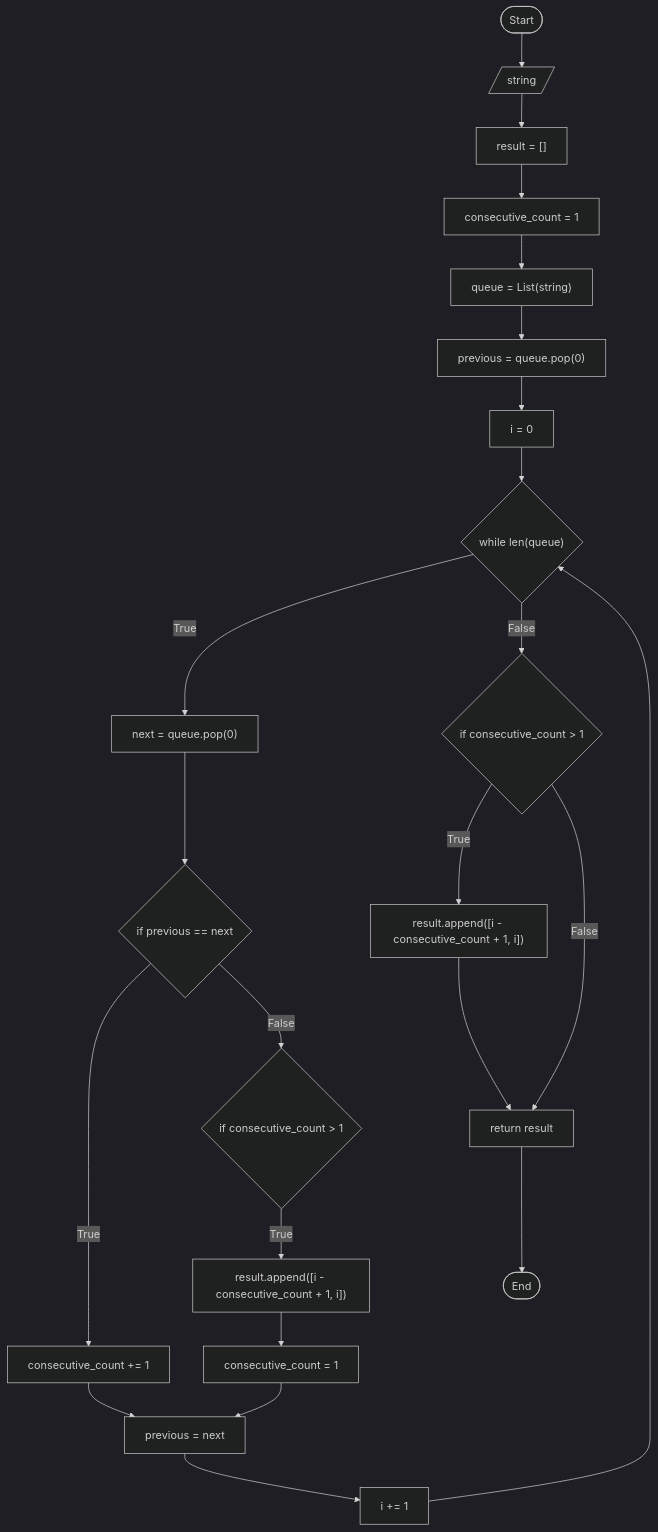
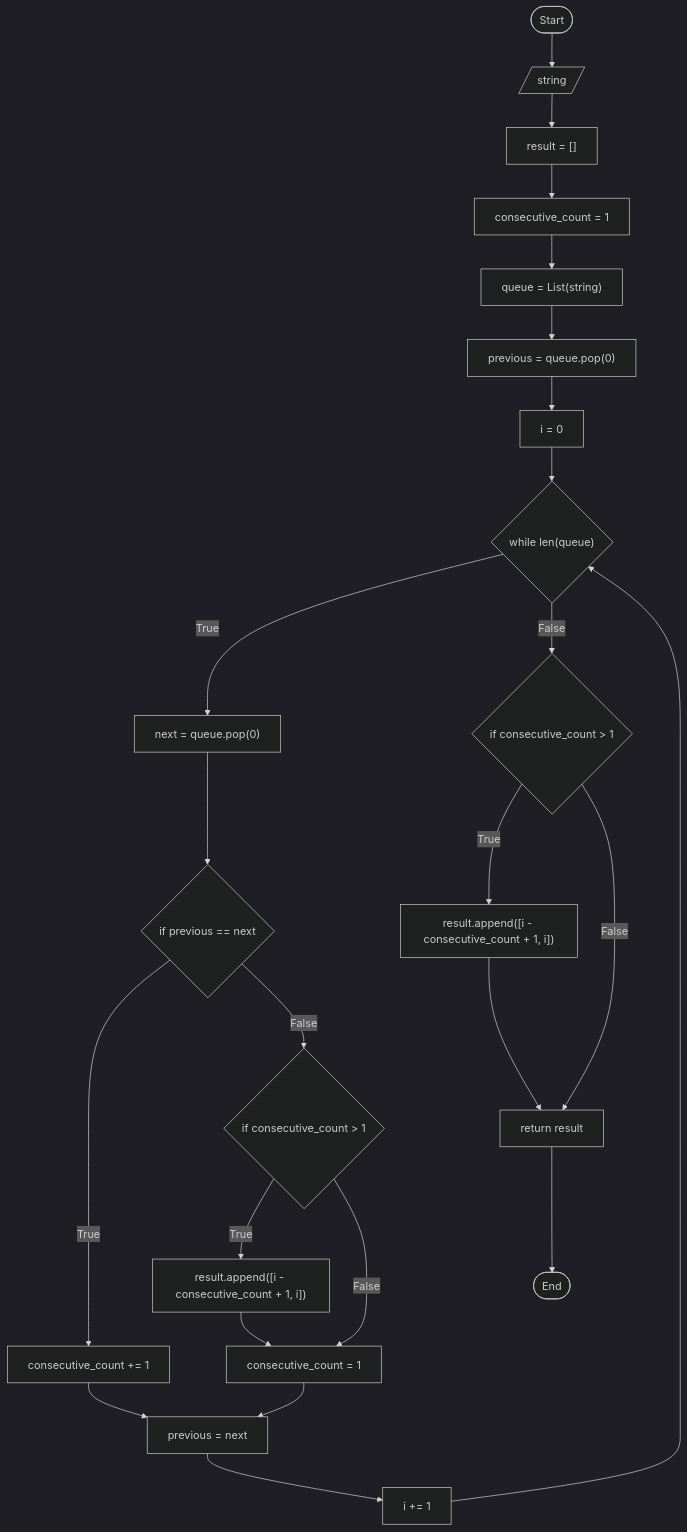
Before and after one commit to mikerusensei/flowcharts: the diagram in functions/function_101/README.md, drawn with Mermaid (dark theme).

````diff
--- a/functions/function_101/README.md
+++ b/functions/function_101/README.md
@@ -13,47 +13,48 @@
 ```mermaid
     flowchart TD
-        start([Start])
-        string[/string/]
-        result["result = []"]
-        con_count["consecutive_count = 1"]
-        list_str["queue = List(string)"]
-        previous["previous = queue.pop(0)"]
-        iterator["i = 0"]
-        loop{"while len(queue)"}
-        next["next = queue.pop(0)"]
-        is_equal{"if previous == next"}
-        add_con_count["consecutive_count += 1"]
-        re_assign["previous = next"]
-        add_i["i += 1"]
-        check_inside{"if consecutive_count > 1"}
-        append_inside["result.append([i - consecutive_count + 1, i])"]
-        reset_con_count["consecutive_count = 1"]
-        check_outside{"if consecutive_count > 1"}
-        append_outside["result.append([i - consecutive_count + 1, i])"]
-        return_result["return result"]
-        terminate([End])
-
-
-        start --> string
-        string --> result
-        result --> con_count
-        con_count --> list_str
-        list_str --> previous
-        previous --> iterator
-        iterator --> loop
-        loop -- True --> next
-        next --> is_equal
-        is_equal -- True --> add_con_count
-        add_con_count --> re_assign
-        is_equal -- False --> check_inside
-        check_inside -- True --> append_inside
-        append_inside --> reset_con_count
-        reset_con_count --> re_assign
-        re_assign --> add_i
-        add_i --> loop
-        loop -- False --> check_outside
-        check_outside -- True --> append_outside
-        check_outside -- False --> return_result
-        append_outside --> return_result
-        return_result --> terminate
+       start([Start])
+       string[/string/]
+       result["result = []"]
+       con_count["consecutive_count = 1"]
+       list_str["queue = List(string)"]
+       previous["previous = queue.pop(0)"]
+       iterator["i = 0"]
+       loop{"while len(queue)"}
+       next["next = queue.pop(0)"]
+       is_equal{"if previous == next"}
+       add_con_count["consecutive_count += 1"]
+       re_assign["previous = next"]
+       add_i["i += 1"]
+       check_inside{"if consecutive_count > 1"}
+       append_inside["result.append([i - consecutive_count + 1, i])"]
+       reset_con_count["consecutive_count = 1"]
+       check_outside{"if consecutive_count > 1"}
+       append_outside["result.append([i - consecutive_count + 1, i])"]
+       return_result["return result"]
+       terminate([End])
+   
+   
+       start --> string
+       string --> result
+       result --> con_count
+       con_count --> list_str
+       list_str --> previous
+       previous --> iterator
+       iterator --> loop
+       loop -- True --> next
+       next --> is_equal
+       is_equal -- True --> add_con_count
+       add_con_count --> re_assign
+       is_equal -- False --> check_inside
+       check_inside -- True --> append_inside
+       check_inside -- False --> reset_con_count
+       append_inside --> reset_con_count
+       reset_con_count --> re_assign
+       re_assign --> add_i
+       add_i --> loop
+       loop -- False --> check_outside
+       check_outside -- True --> append_outside
+       check_outside -- False --> return_result
+       append_outside --> return_result
+       return_result --> terminate
 ```
````
